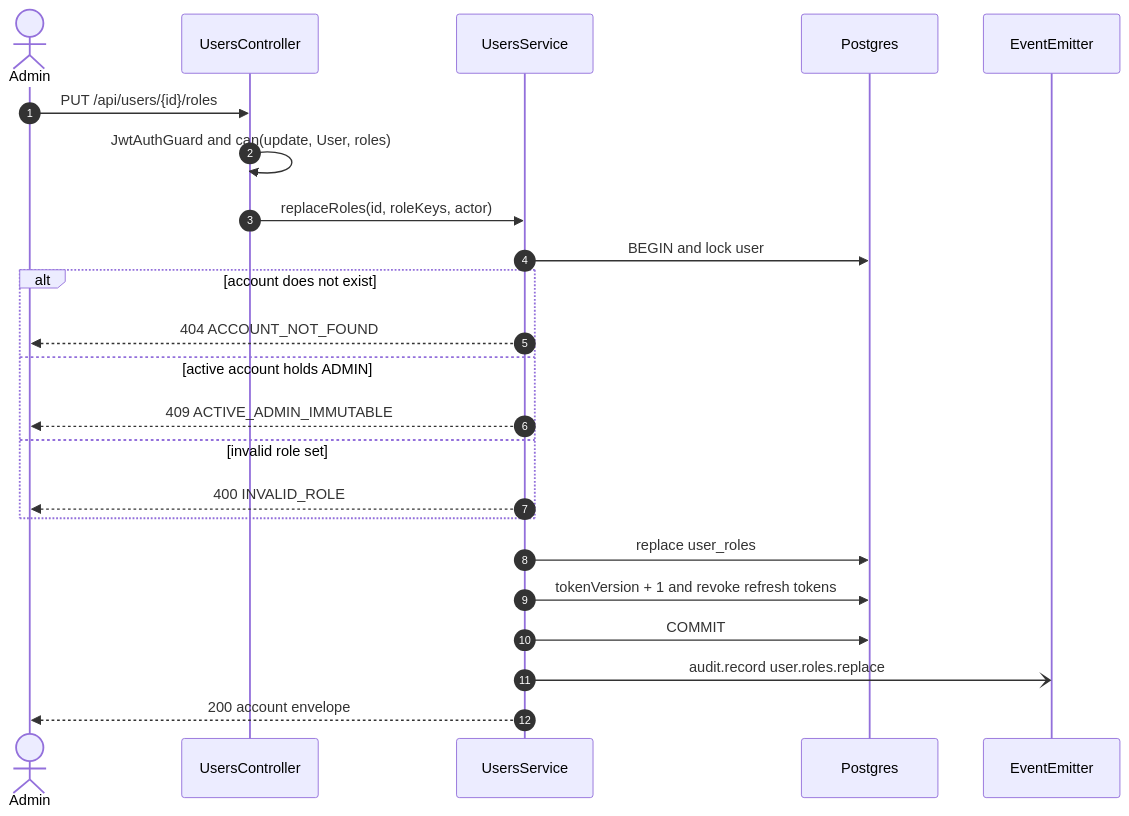
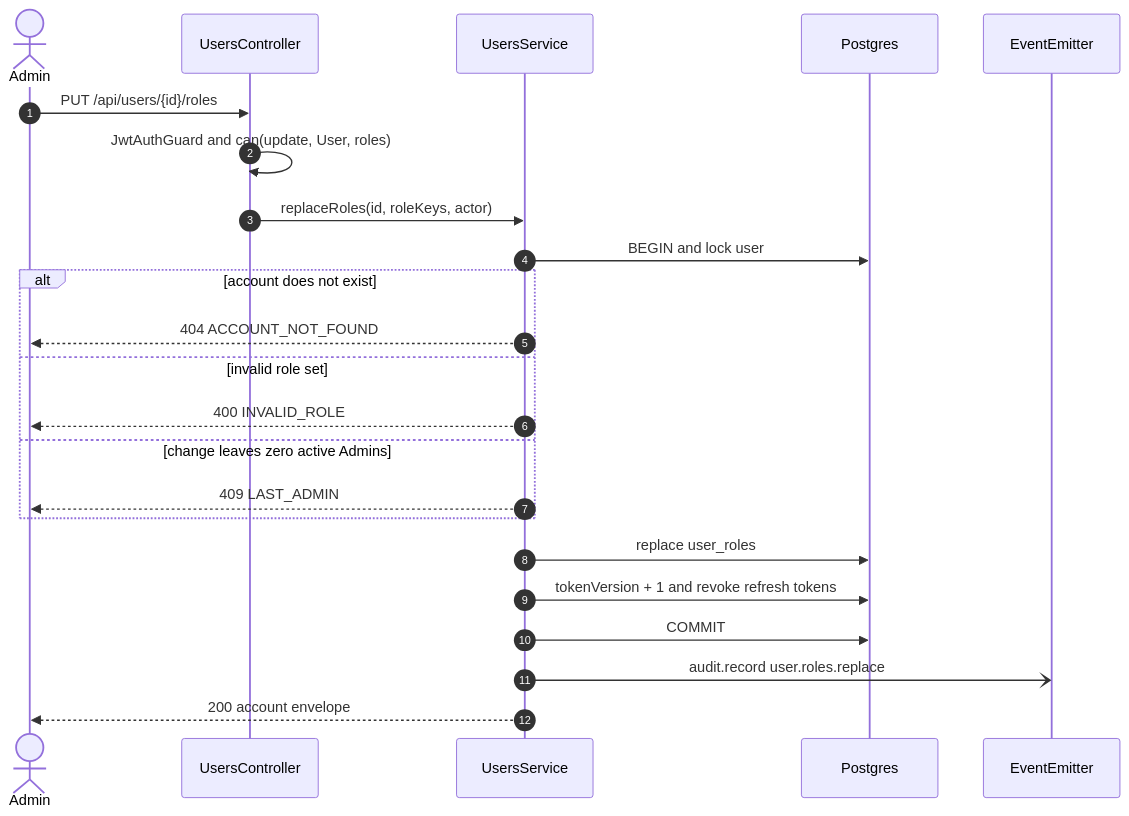
The fifth of 6 diagrams in specs/auth/design.md (TrekLink-Team/treklink-web), drawn with Mermaid before and after one commit. The commit also changed other lines of this file and 9 other files, not shown here.

````diff
--- a/specs/auth/design.md
+++ b/specs/auth/design.md
@@ -419,25 +418,25 @@
 ```mermaid
 sequenceDiagram
     autonumber
     actor A as Admin
     participant C as UsersController
     participant U as UsersService
     participant DB as Postgres
     participant E as EventEmitter
     A->>C: PUT /api/users/{id}/roles
     C->>C: JwtAuthGuard and can(update, User, roles)
     C->>U: replaceRoles(id, roleKeys, actor)
     U->>DB: BEGIN and lock user
     alt account does not exist
         U-->>A: 404 ACCOUNT_NOT_FOUND
-    else active account holds ADMIN
-        U-->>A: 409 ACTIVE_ADMIN_IMMUTABLE
     else invalid role set
         U-->>A: 400 INVALID_ROLE
+    else change leaves zero active Admins
+        U-->>A: 409 LAST_ADMIN
     end
     U->>DB: replace user_roles
     U->>DB: tokenVersion + 1 and revoke refresh tokens
     U->>DB: COMMIT
     U-)E: audit.record user.roles.replace
     U-->>A: 200 account envelope
 ```
````
